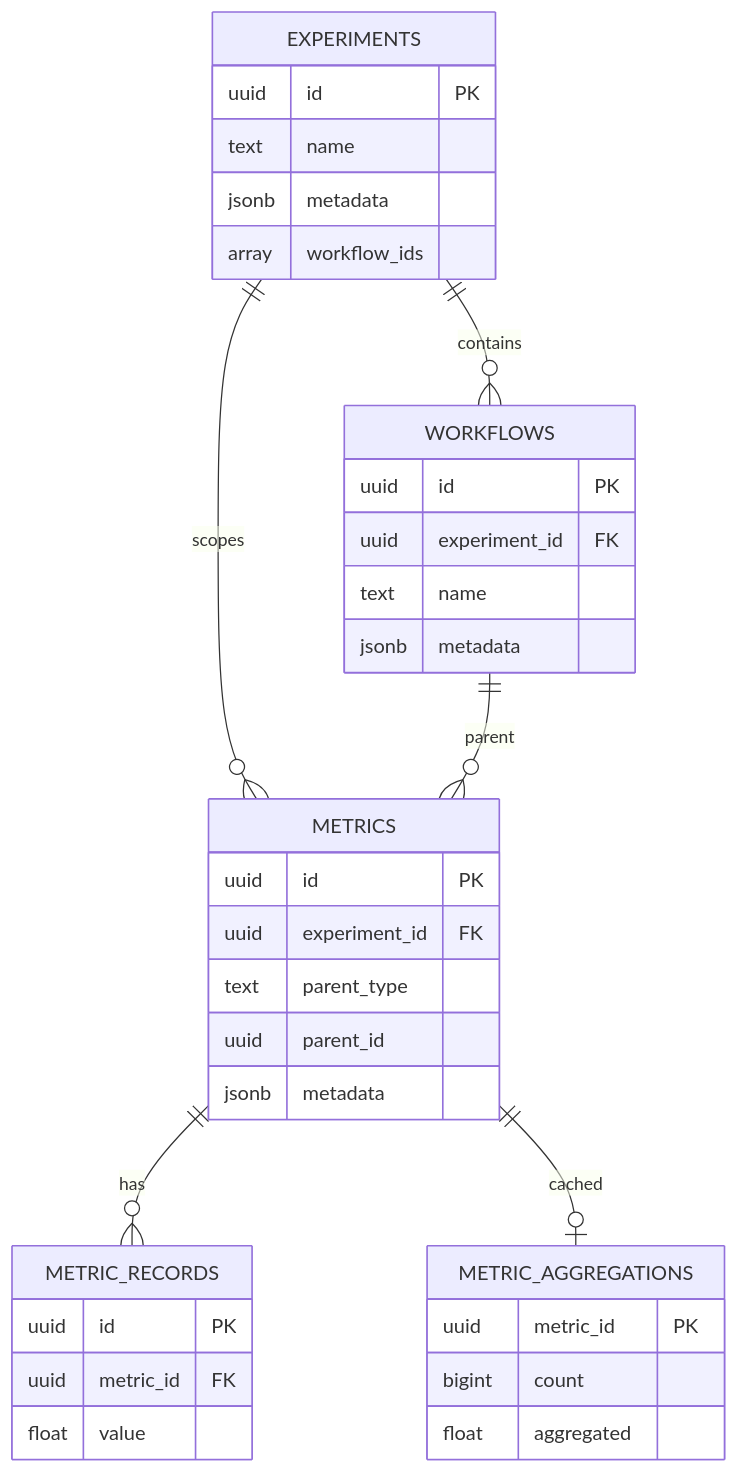
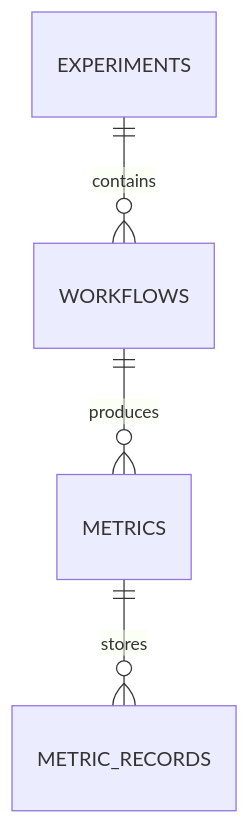
The second of 3 diagrams in docs/GUIDE.md (xampos101/DAL), drawn with Mermaid before and after one commit. The commit also changed other lines of this file and 6 other files, not shown here.

````diff
--- a/docs/GUIDE.md
+++ b/docs/GUIDE.md
@@ -50,44 +23,6 @@
 ```mermaid
 erDiagram
-  EXPERIMENTS ||--o{ WORKFLOWS : "contains"
-  EXPERIMENTS ||--o{ METRICS : "scopes"
-  WORKFLOWS ||--o{ METRICS : "parent"
-  METRICS ||--o{ METRIC_RECORDS : "has"
-  METRICS ||--o| METRIC_AGGREGATIONS : "cached"
-
-  EXPERIMENTS {
-    uuid id PK
-    text name
-    jsonb metadata
-    array workflow_ids
-  }
-
-  WORKFLOWS {
-    uuid id PK
-    uuid experiment_id FK
-    text name
-    jsonb metadata
-  }
-
-  METRICS {
-    uuid id PK
-    uuid experiment_id FK
-    text parent_type
-    uuid parent_id
-    jsonb metadata
-  }
-
-  METRIC_RECORDS {
-    uuid id PK
-    uuid metric_id FK
-    float value
-  }
-
-  METRIC_AGGREGATIONS {
-    uuid metric_id PK
-    bigint count
-    float aggregated
-  }
-
-
+  EXPERIMENTS ||--o{ WORKFLOWS : contains
+  WORKFLOWS ||--o{ METRICS : produces
+  METRICS ||--o{ METRIC_RECORDS : stores
 ```
````
